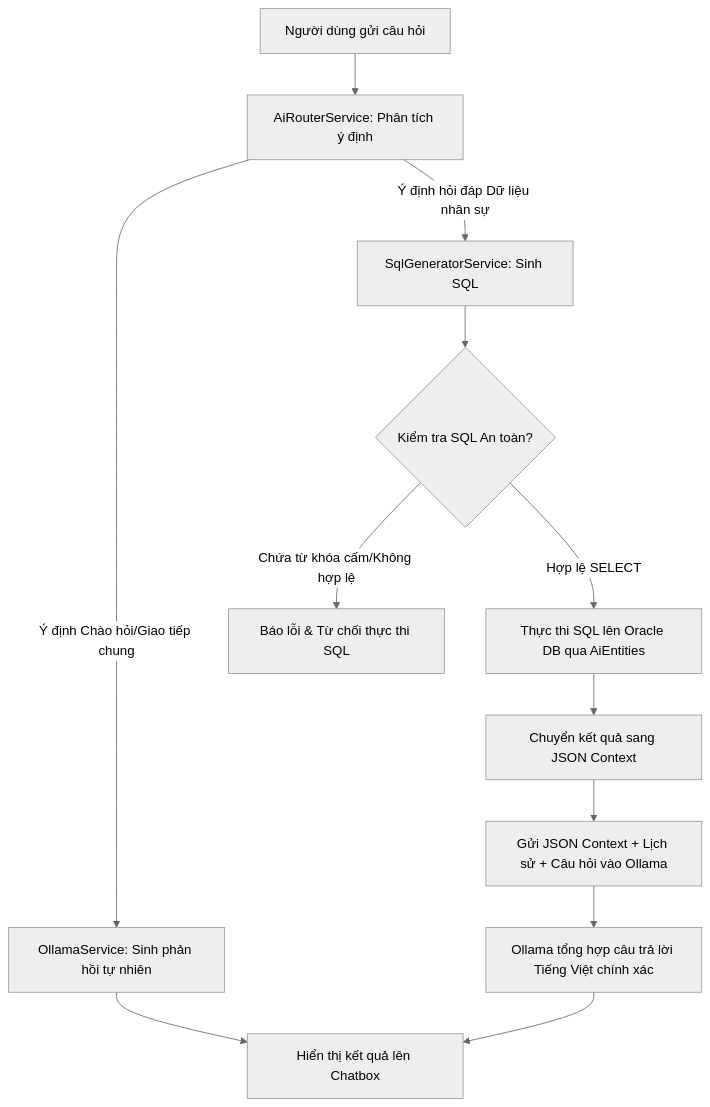
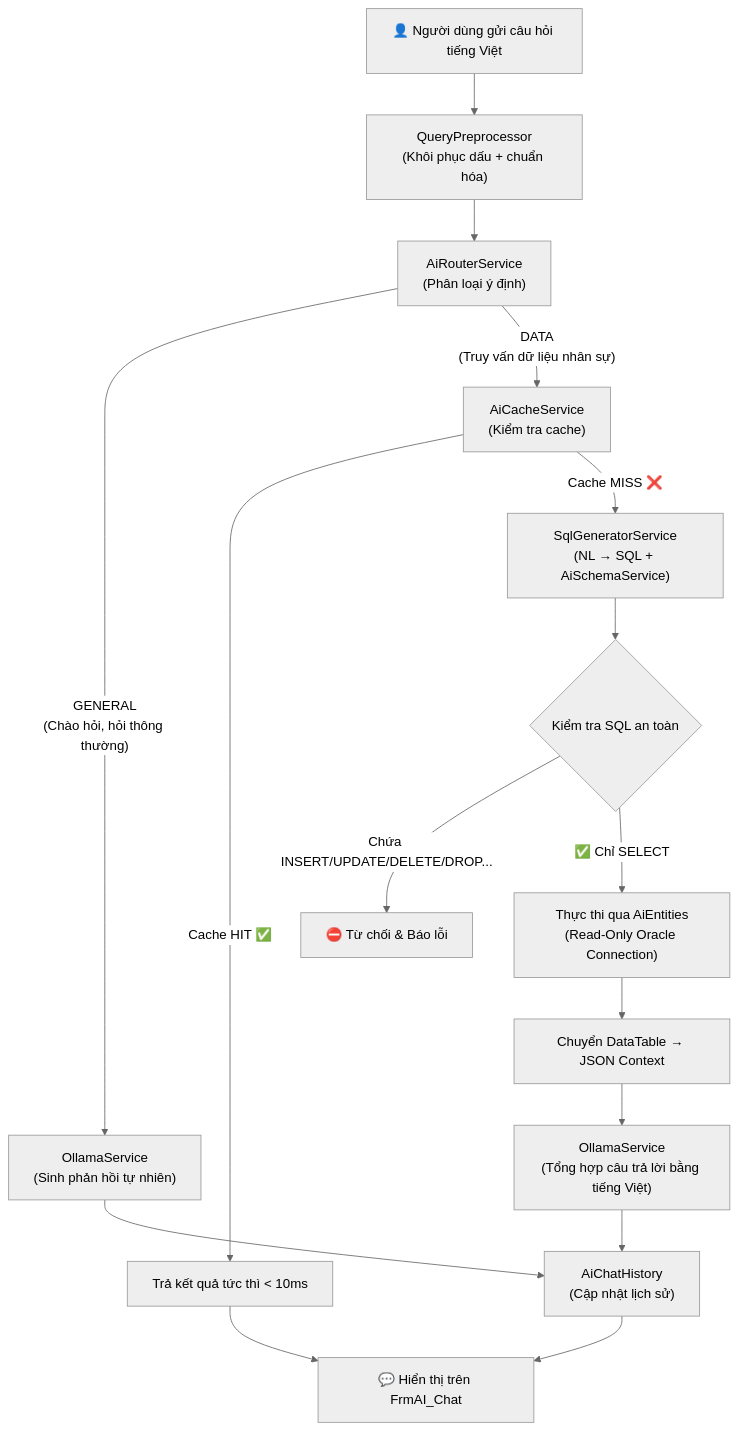
One commit to duy2k1lnbg/QuanLyNhanSu changed the diagram in README.md. Above: the diagram before and after it, drawn with Mermaid (neutral theme). The commit also changed other lines of this file, not shown here.

````diff
--- a/README.md
+++ b/README.md
@@ -86,14 +145,23 @@
 ```mermaid
 graph TD
-    A[Người dùng gửi câu hỏi] --> B[AiRouterService: Phân tích ý định]
-    B -- Ý định Chào hỏi/Giao tiếp chung --> C[OllamaService: Sinh phản hồi tự nhiên]
-    B -- Ý định hỏi đáp Dữ liệu nhân sự --> D[SqlGeneratorService: Sinh SQL]
-    D --> E{Kiểm tra SQL An toàn?}
-    E -- Chứa từ khóa cấm/Không hợp lệ --> F[Báo lỗi & Từ chối thực thi SQL]
-    E -- Hợp lệ SELECT --> G[Thực thi SQL lên Oracle DB qua AiEntities]
-    G --> H[Chuyển kết quả sang JSON Context]
-    H --> I[Gửi JSON Context + Lịch sử + Câu hỏi vào Ollama]
-    I --> J[Ollama tổng hợp câu trả lời Tiếng Việt chính xác]
-    C --> K[Hiển thị kết quả lên Chatbox]
-    J --> K
+    A["👤 Người dùng gửi câu hỏi tiếng Việt"] --> B["QueryPreprocessor\n(Khôi phục dấu + chuẩn hóa)"]
+    B --> C["AiRouterService\n(Phân loại ý định)"]
+
+    C -- "GENERAL\n(Chào hỏi, hỏi thông thường)" --> D["OllamaService\n(Sinh phản hồi tự nhiên)"]
+    C -- "DATA\n(Truy vấn dữ liệu nhân sự)" --> E["AiCacheService\n(Kiểm tra cache)"]
+
+    E -- "Cache HIT ✅" --> I["Trả kết quả tức thì < 10ms"]
+    E -- "Cache MISS ❌" --> F["SqlGeneratorService\n(NL → SQL + AiSchemaService)"]
+
+    F --> G{"Kiểm tra SQL an toàn"}
+    G -- "Chứa INSERT/UPDATE/DELETE/DROP..." --> H["⛔ Từ chối & Báo lỗi"]
+    G -- "✅ Chỉ SELECT" --> J["Thực thi qua AiEntities\n(Read-Only Oracle Connection)"]
+
+    J --> K["Chuyển DataTable → JSON Context"]
+    K --> L["OllamaService\n(Tổng hợp câu trả lời bằng tiếng Việt)"]
+
+    D --> M["AiChatHistory\n(Cập nhật lịch sử)"]
+    L --> M
+    M --> N["💬 Hiển thị trên FrmAI_Chat"]
+    I --> N
 ```
````
